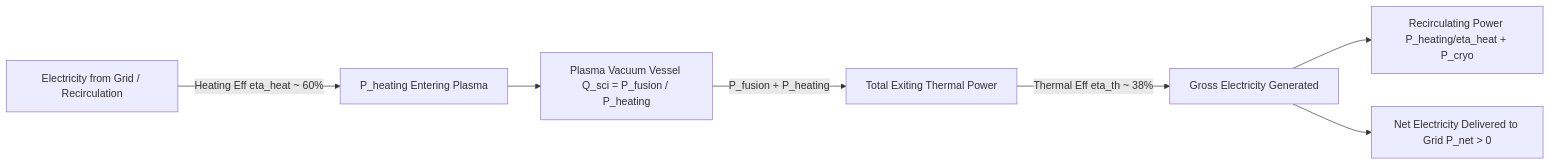
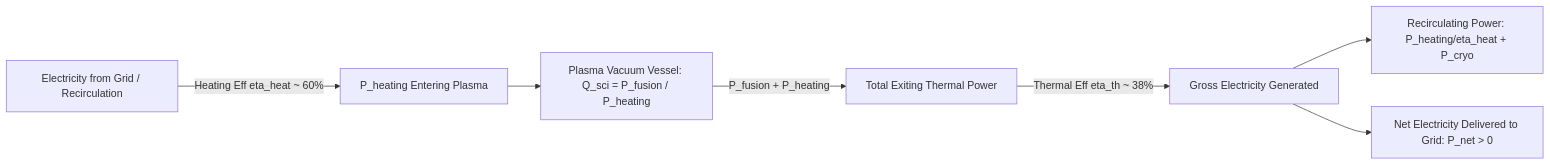
One commit to skhy-ai/tami-cama changed the second of 9 diagrams in TUTORIAL.md. Above: the diagram before and after it, drawn with Mermaid. The commit also changed other lines of this file and 8 other files, not shown here.

````diff
--- a/TUTORIAL.md
+++ b/TUTORIAL.md
@@ -81,9 +81,9 @@
 ```mermaid
 flowchart LR
-    P_heat[Electricity from Grid / Recirculation] -->|Heating Eff eta_heat ~ 60%| P_in[P_heating Entering Plasma]
-    P_in --> Vacuum[Plasma Vacuum Vessel Q_sci = P_fusion / P_heating]
-    Vacuum -->|P_fusion + P_heating| P_exit[Total Exiting Thermal Power]
-    P_exit -->|Thermal Eff eta_th ~ 38%| P_gross[Gross Electricity Generated]
-    P_gross --> P_recirc[Recirculating Power P_heating/eta_heat + P_cryo]
-    P_gross --> P_net[Net Electricity Delivered to Grid P_net > 0]
+    P_heat["Electricity from Grid / Recirculation"] -->|Heating Eff eta_heat ~ 60%| P_in["P_heating Entering Plasma"]
+    P_in --> Vacuum["Plasma Vacuum Vessel: Q_sci = P_fusion / P_heating"]
+    Vacuum -->|P_fusion + P_heating| P_exit["Total Exiting Thermal Power"]
+    P_exit -->|Thermal Eff eta_th ~ 38%| P_gross["Gross Electricity Generated"]
+    P_gross --> P_recirc["Recirculating Power: P_heating/eta_heat + P_cryo"]
+    P_gross --> P_net["Net Electricity Delivered to Grid: P_net > 0"]
 ```
````
